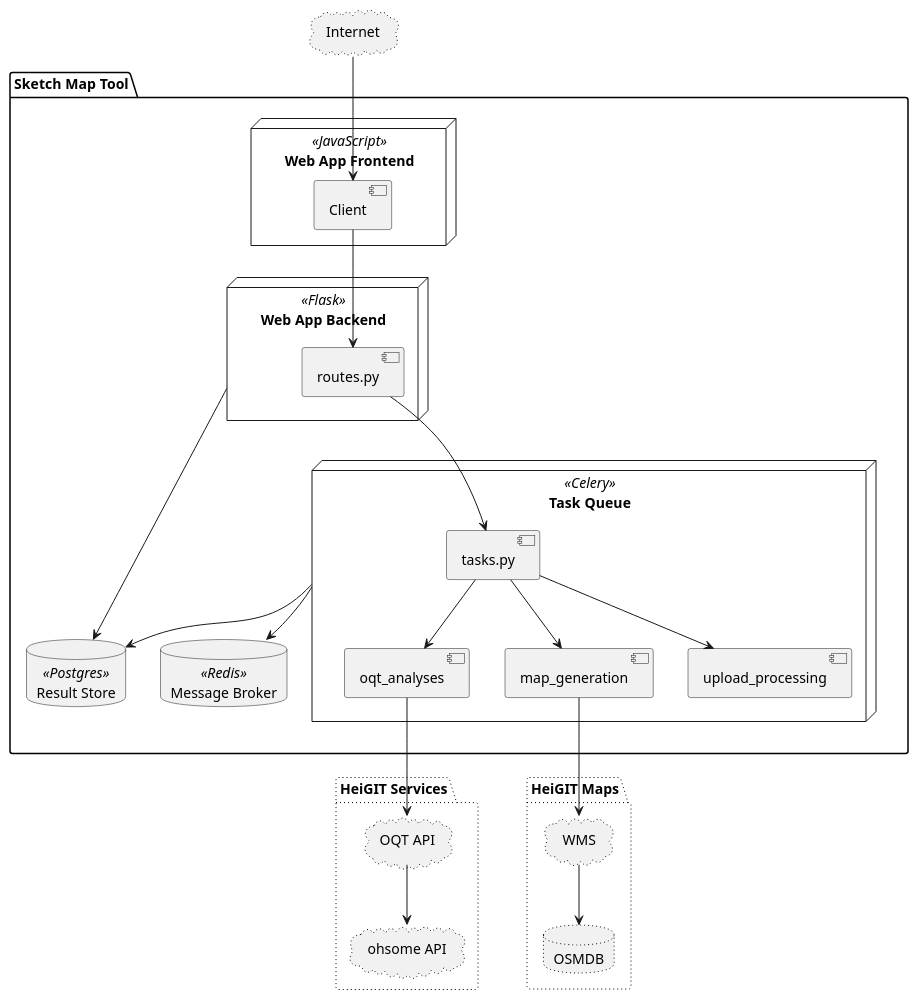
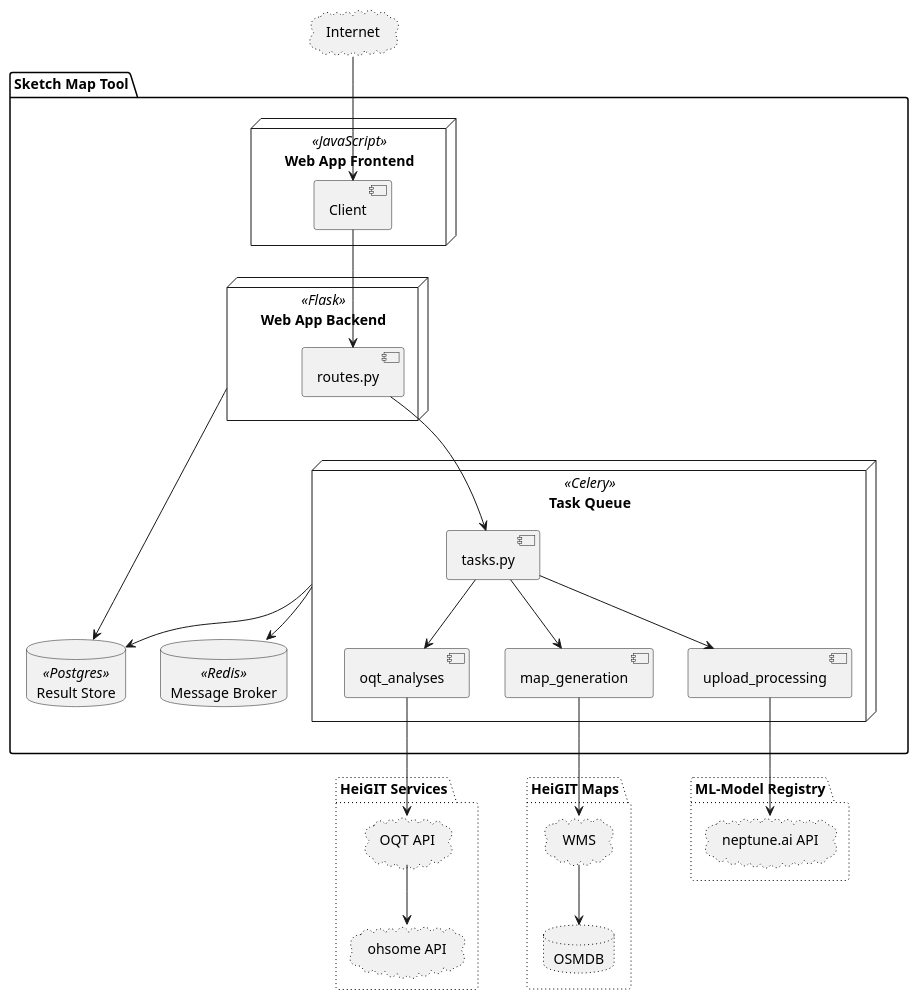
One commit to GIScience/sketch-map-tool changed the diagram in docs/component-diagram.puml. Above: the diagram before and after it, drawn with PlantUML. The commit also changed 1 other file, not shown here.

Commit message:
docs: update component diagram

```diff
--- a/docs/component-diagram.puml
+++ b/docs/component-diagram.puml
@@ -1,52 +1,57 @@
 @startuml
 package "Sketch Map Tool" {
   node webclient as "Web App Frontend" <<JavaScript>> {
       component client as "Client"
     }
 
     node flask as "Web App Backend" <<Flask>> {
         component routes.py
     }
 
     node celery as "Task Queue" <<Celery>>{
         component tasks.py
         component oqt_analyses
         component map_generation
         component upload_processing
         tasks.py --> oqt_analyses
         tasks.py --> map_generation
         tasks.py --> upload_processing
     }
 
     database postgres as "Result Store" <<Postgres>>
     database redis as "Message Broker" <<Redis>>
 
     routes.py --> tasks.py
     flask -> postgres
     celery --> redis
     celery --> postgres
     client --> routes.py
 }
 
 cloud internet as "Internet" #line.dotted
 
 package "HeiGIT Maps" #line.dotted {
     cloud wms as "WMS" #line.dotted
     database osmdb as "OSMDB" #line.dotted
 
 }
 
 package "HeiGIT Services" #line.dotted {
     cloud oqt as "OQT API" #line.dotted
     cloud ohsome as "ohsome API" #line.dotted
 }
 
+package "ML-Model Registry" #line.dotted {
+    cloud neptune as "neptune.ai API" #line.dotted
+}
+
 internet --> client
 
 map_generation --> wms
 wms --> osmdb
 
 oqt_analyses --> oqt
 oqt --> ohsome
 
+upload_processing --> neptune
 @enduml
```
